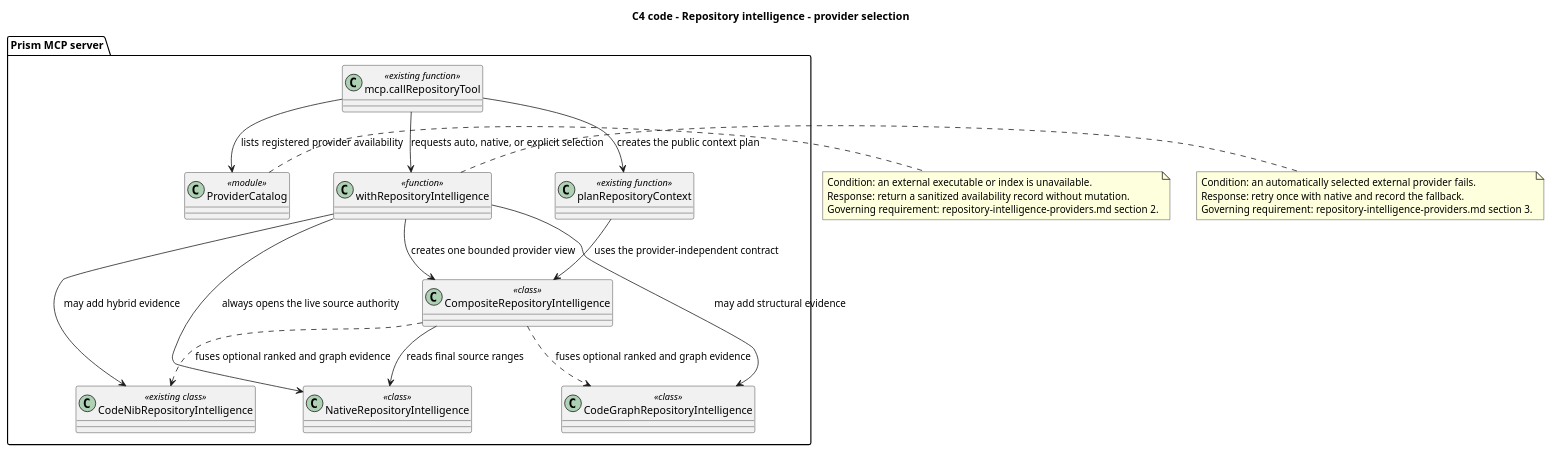
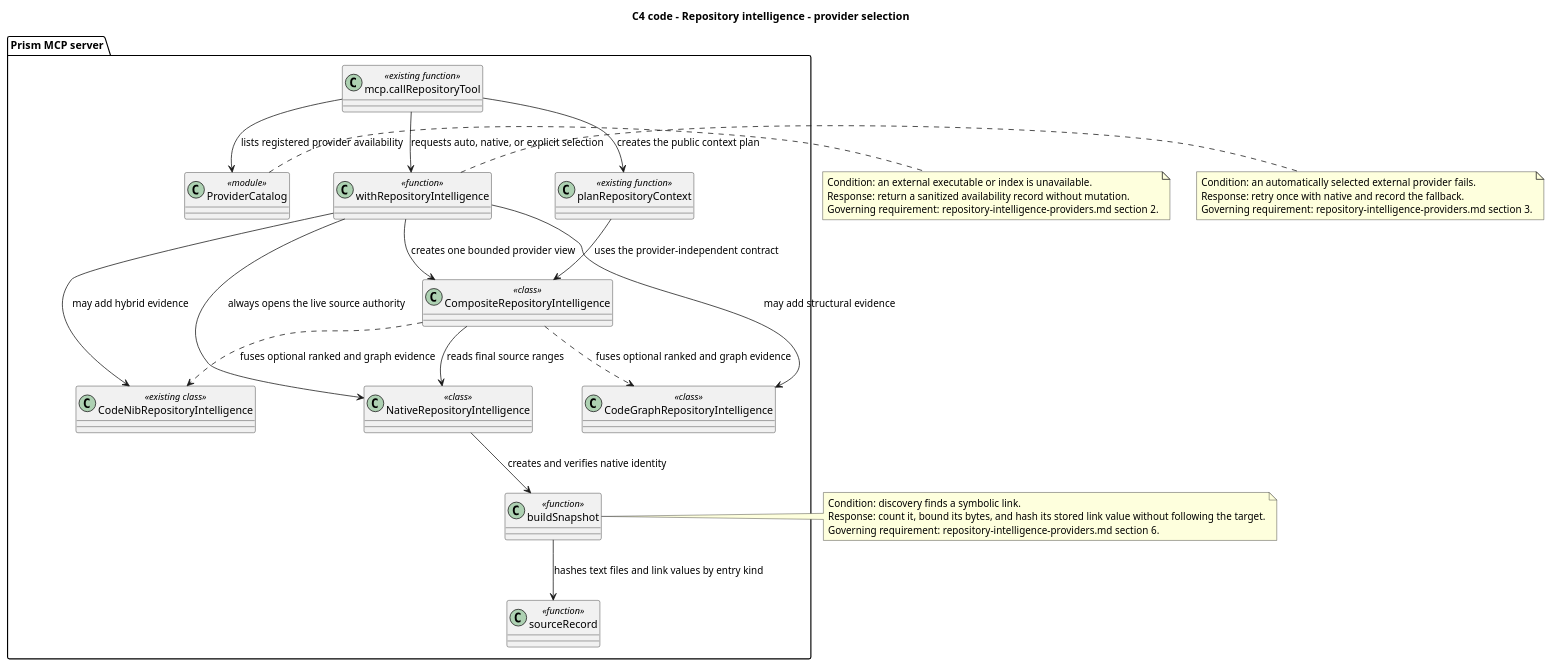
The diagram in docs/plans/repository-intelligence/provider-selection/provider-selection.puml (RumyantsevMichael/Prism), drawn with PlantUML before and after one commit. The commit also changed 124 other files, not shown here.

First line of the commit message:
feat: add native semantic discovery and verified refactoring workflows

```diff
--- a/docs/plans/repository-intelligence/provider-selection/provider-selection.puml
+++ b/docs/plans/repository-intelligence/provider-selection/provider-selection.puml
@@ -1,37 +1,47 @@
 @startuml
 title C4 code - Repository intelligence - provider selection
 package "Prism MCP server" {
   class "mcp.callRepositoryTool" as Mcp <<existing function>>
   class "ProviderCatalog" as Catalog <<module>>
   class "withRepositoryIntelligence" as Select <<function>>
   class "CompositeRepositoryIntelligence" as Composite <<class>>
   class "NativeRepositoryIntelligence" as Native <<class>>
+  class "buildSnapshot" as Snapshot <<function>>
+  class "sourceRecord" as Record <<function>>
   class "CodeGraphRepositoryIntelligence" as CodeGraph <<class>>
   class "CodeNibRepositoryIntelligence" as CodeNib <<existing class>>
   class "planRepositoryContext" as Plan <<existing function>>
 }
 
 Mcp --> Catalog : lists registered provider availability
 Mcp --> Select : requests auto, native, or explicit selection
 Select --> Native : always opens the live source authority
+Native --> Snapshot : creates and verifies native identity
+Snapshot --> Record : hashes text files and link values by entry kind
 Select --> CodeGraph : may add structural evidence
 Select --> CodeNib : may add hybrid evidence
 Select --> Composite : creates one bounded provider view
 Composite --> Native : reads final source ranges
 Composite ..> CodeGraph : fuses optional ranked and graph evidence
 Composite ..> CodeNib : fuses optional ranked and graph evidence
 Mcp --> Plan : creates the public context plan
 Plan --> Composite : uses the provider-independent contract
 
 note right of Catalog
   Condition: an external executable or index is unavailable.
   Response: return a sanitized availability record without mutation.
   Governing requirement: repository-intelligence-providers.md section 2.
 end note
 
 note right of Select
   Condition: an automatically selected external provider fails.
   Response: retry once with native and record the fallback.
   Governing requirement: repository-intelligence-providers.md section 3.
 end note
+
+note right of Snapshot
+  Condition: discovery finds a symbolic link.
+  Response: count it, bound its bytes, and hash its stored link value without following the target.
+  Governing requirement: repository-intelligence-providers.md section 6.
+end note
 @enduml
```
